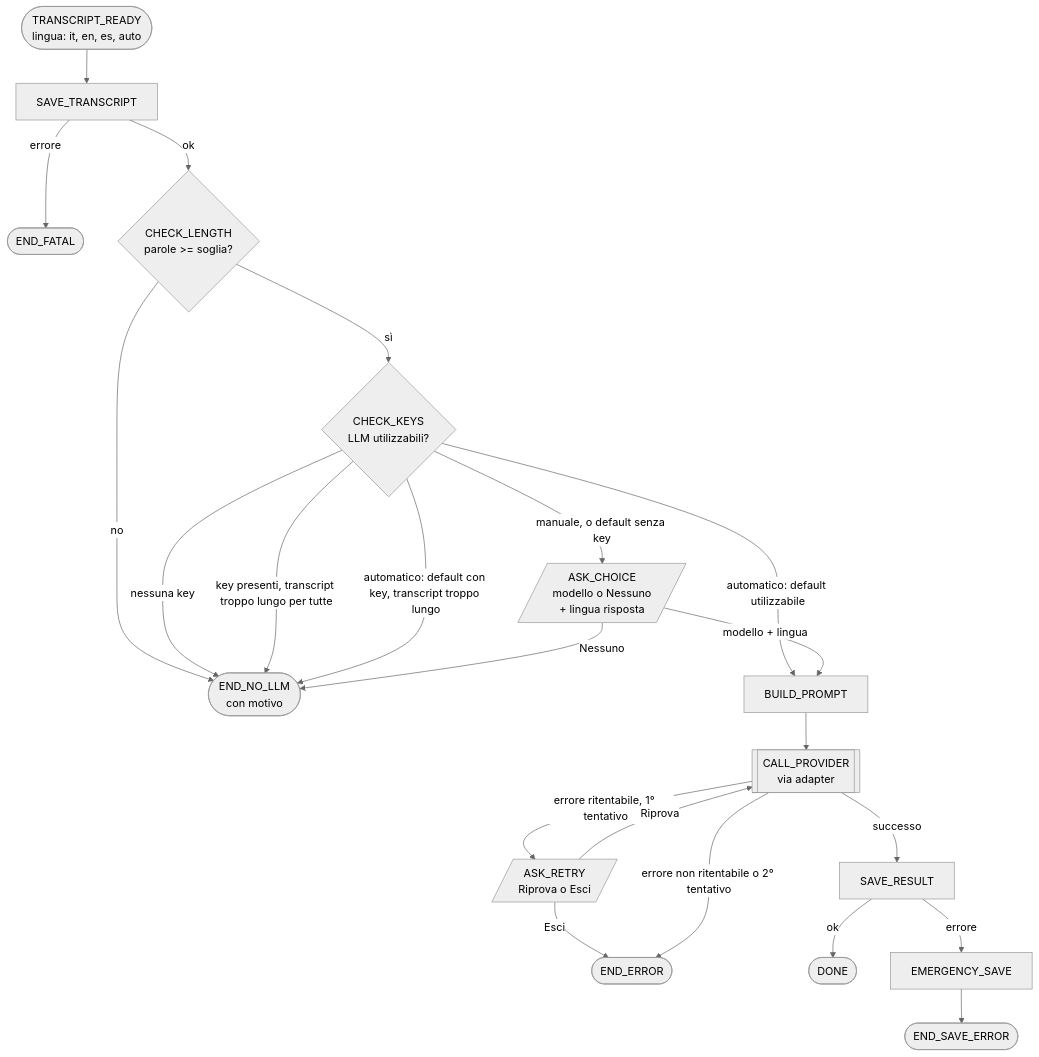
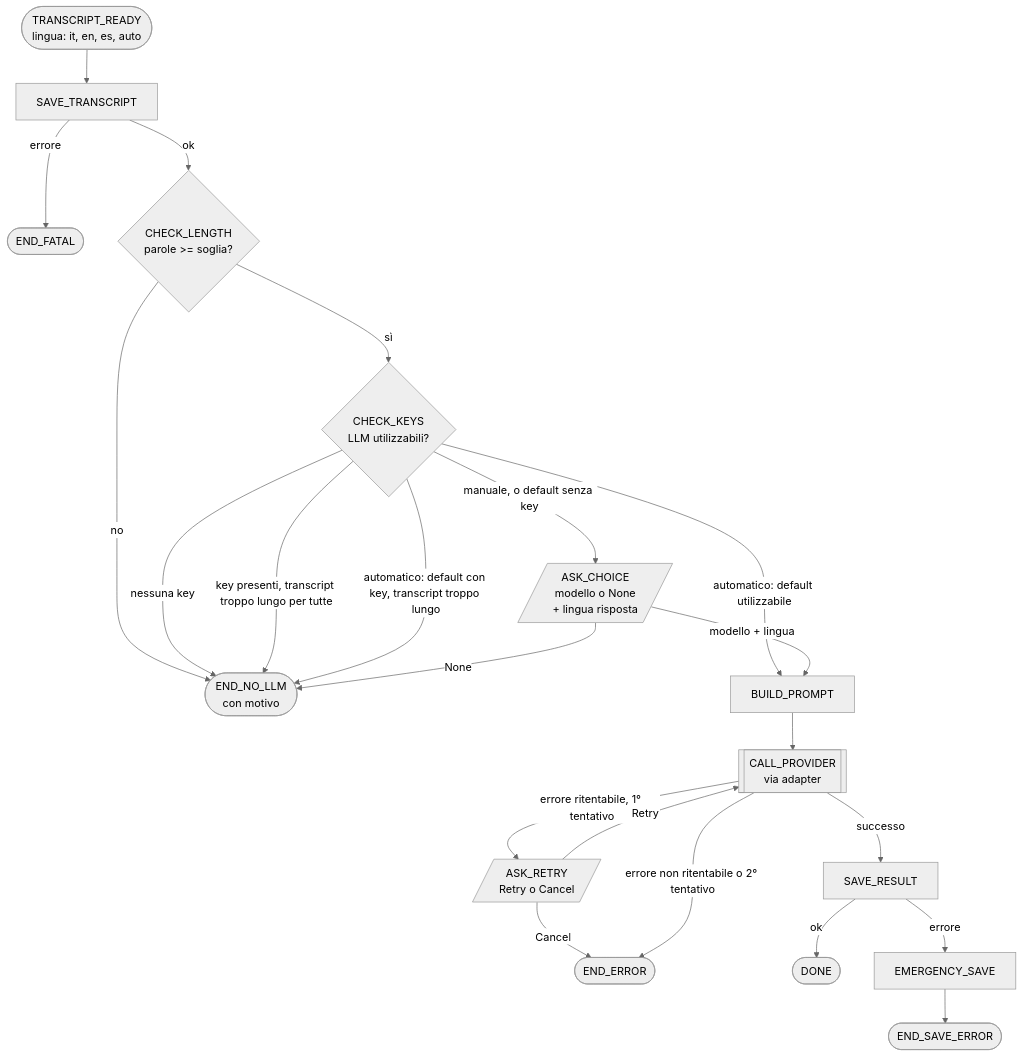
The diagram in docs/flow/flow.md (frasal-test/meetrec), drawn with Mermaid (neutral theme) before and after one commit. The commit also changed other lines of this file and 14 other files, not shown here.

````diff
--- a/docs/flow/flow.md
+++ b/docs/flow/flow.md
@@ -20,24 +20,24 @@
 ```mermaid
 flowchart TD
   A([TRANSCRIPT_READY<br/>lingua: it, en, es, auto]) --> B[SAVE_TRANSCRIPT]
   B -- errore --> XF([END_FATAL])
   B -- ok --> C{CHECK_LENGTH<br/>parole >= soglia?}
   C -- no --> N([END_NO_LLM<br/>con motivo])
   C -- sì --> D{CHECK_KEYS<br/>LLM utilizzabili?}
   D -- "nessuna key" --> N
   D -- "key presenti, transcript troppo lungo per tutte" --> N
   D -- "automatico: default con key, transcript troppo lungo" --> N
   D -- "automatico: default utilizzabile" --> F
-  D -- "manuale, o default senza key" --> E[/ASK_CHOICE<br/>modello o Nessuno<br/>+ lingua risposta/]
-  E -- Nessuno --> N
+  D -- "manuale, o default senza key" --> E[/ASK_CHOICE<br/>modello o None<br/>+ lingua risposta/]
+  E -- None --> N
   E -- modello + lingua --> F[BUILD_PROMPT]
   F --> G[[CALL_PROVIDER<br/>via adapter]]
   G -- successo --> H[SAVE_RESULT]
-  G -- "errore ritentabile, 1° tentativo" --> R[/ASK_RETRY<br/>Riprova o Esci/]
-  R -- Riprova --> G
-  R -- Esci --> X([END_ERROR])
+  G -- "errore ritentabile, 1° tentativo" --> R[/ASK_RETRY<br/>Retry o Cancel/]
+  R -- Retry --> G
+  R -- Cancel --> X([END_ERROR])
   G -- "errore non ritentabile o 2° tentativo" --> X
   H -- ok --> Z([DONE])
   H -- errore --> S[EMERGENCY_SAVE]
   S --> XS([END_SAVE_ERROR])
 ```
````
